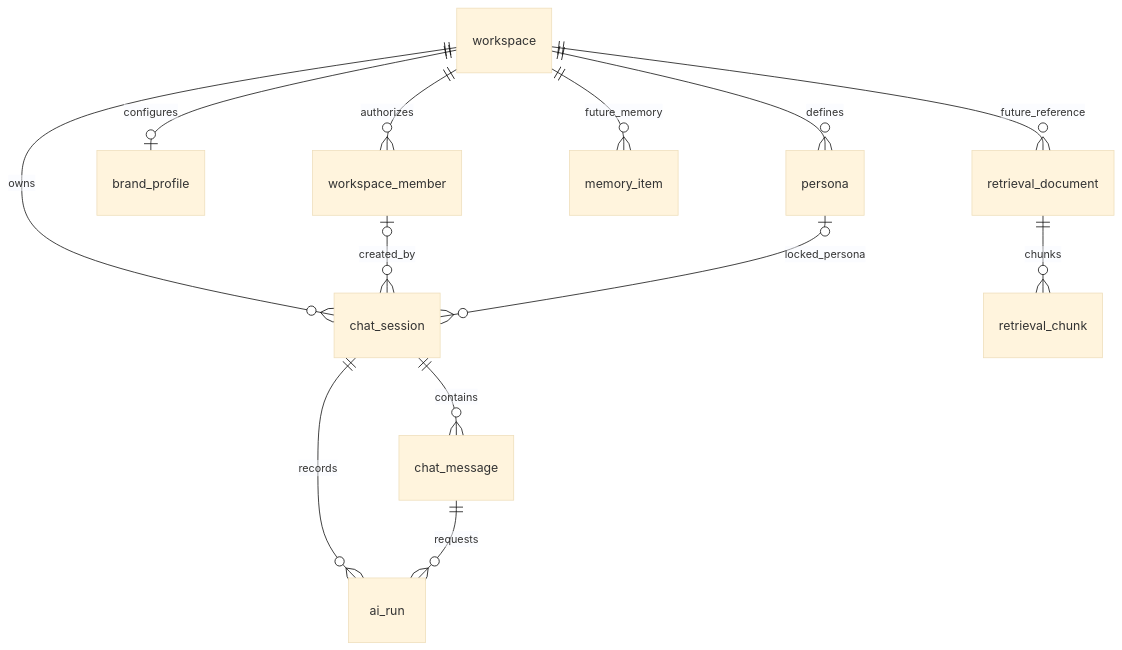
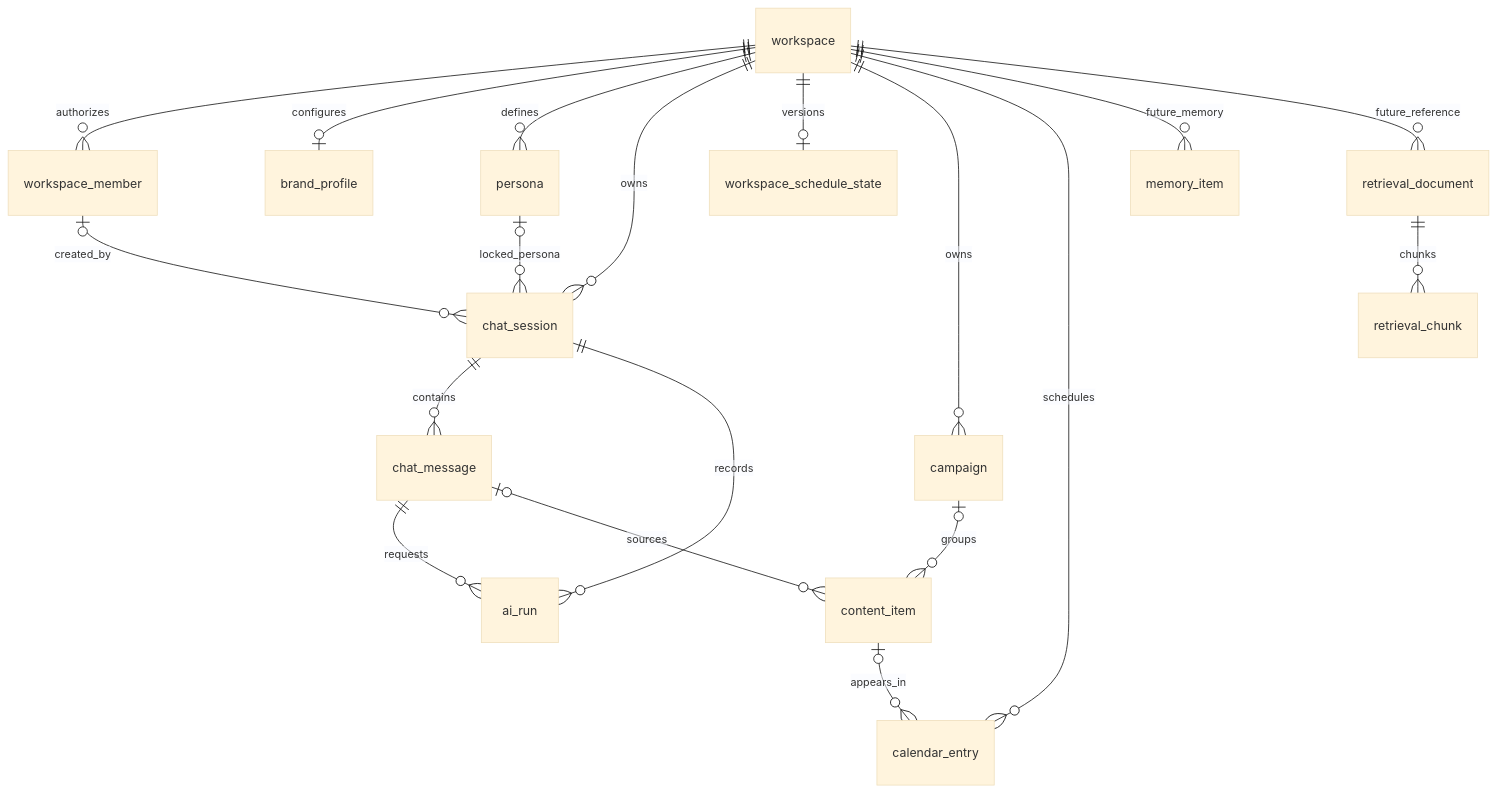
Before and after one commit to armank1369/mortgage-marketing-AI: the diagram in docs/database/SCHEMA.md, drawn with Mermaid (base theme). The commit also changed other lines of this file and 5 other files, not shown here.

````diff
--- a/docs/database/SCHEMA.md
+++ b/docs/database/SCHEMA.md
@@ -15,15 +17,21 @@
 ```mermaid
 erDiagram
   workspace ||--o{ workspace_member : authorizes
   workspace ||--o| brand_profile : configures
   workspace ||--o{ persona : defines
   workspace ||--o{ chat_session : owns
   workspace_member o|--o{ chat_session : created_by
   persona o|--o{ chat_session : locked_persona
   chat_session ||--o{ chat_message : contains
   chat_session ||--o{ ai_run : records
   chat_message ||--o{ ai_run : requests
+  workspace ||--o| workspace_schedule_state : versions
+  workspace ||--o{ campaign : owns
+  campaign o|--o{ content_item : groups
+  chat_message o|--o{ content_item : sources
+  workspace ||--o{ calendar_entry : schedules
+  content_item o|--o{ calendar_entry : appears_in
   workspace ||--o{ memory_item : future_memory
   workspace ||--o{ retrieval_document : future_reference
   retrieval_document ||--o{ retrieval_chunk : chunks
 ```
````
